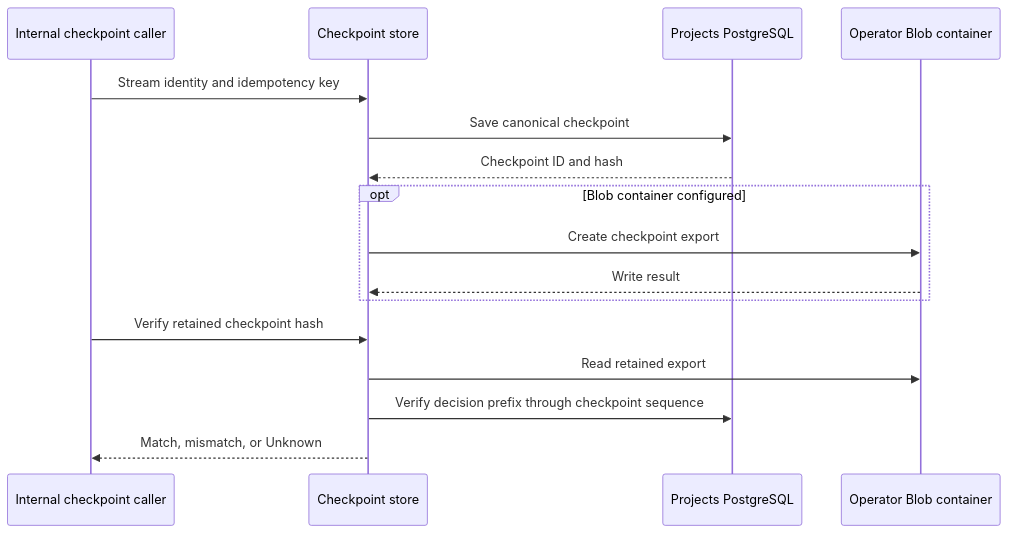
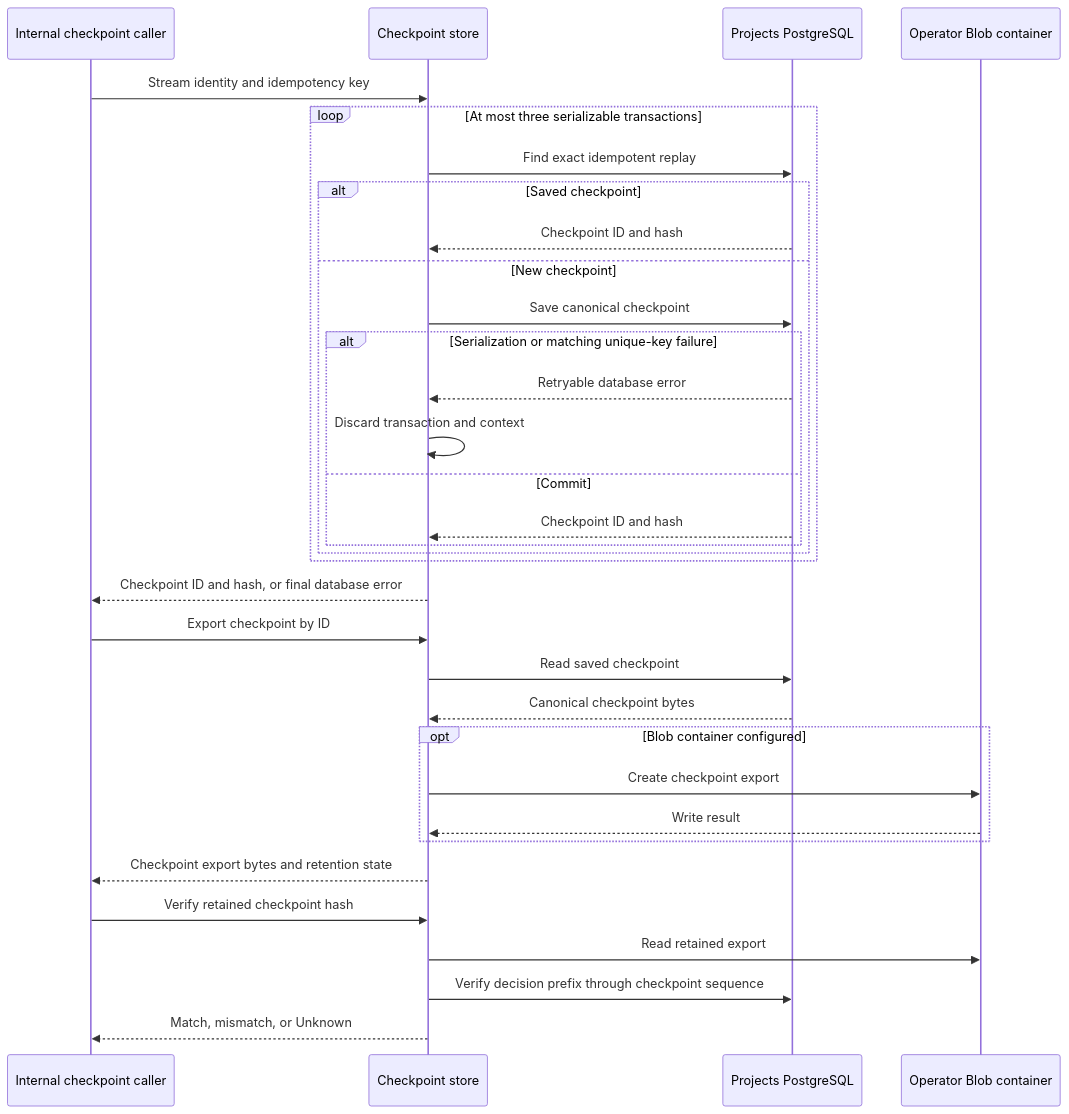
Diagram 12 of 14 in docs/architecture/projects-config.md (sabbour/agentweaver), drawn with Mermaid before and after one commit. The commit also changed other lines of this file and 4 other files, not shown here.

````diff
--- a/docs/architecture/projects-config.md
+++ b/docs/architecture/projects-config.md
@@ -1260,18 +1265,35 @@
 ```mermaid
 sequenceDiagram
     participant Caller as Internal checkpoint caller
     participant Store as Checkpoint store
     participant DB as Projects PostgreSQL
     participant Blob as Operator Blob container
     Caller->>Store: Stream identity and idempotency key
-    Store->>DB: Save canonical checkpoint
-    DB-->>Store: Checkpoint ID and hash
+    loop At most three serializable transactions
+        Store->>DB: Find exact idempotent replay
+        alt Saved checkpoint
+            DB-->>Store: Checkpoint ID and hash
+        else New checkpoint
+            Store->>DB: Save canonical checkpoint
+            alt Serialization or matching unique-key failure
+                DB-->>Store: Retryable database error
+                Store->>Store: Discard transaction and context
+            else Commit
+                DB-->>Store: Checkpoint ID and hash
+            end
+        end
+    end
+    Store-->>Caller: Checkpoint ID and hash, or final database error
+    Caller->>Store: Export checkpoint by ID
+    Store->>DB: Read saved checkpoint
+    DB-->>Store: Canonical checkpoint bytes
     opt Blob container configured
         Store->>Blob: Create checkpoint export
         Blob-->>Store: Write result
     end
+    Store-->>Caller: Checkpoint export bytes and retention state
     Caller->>Store: Verify retained checkpoint hash
     Store->>Blob: Read retained export
     Store->>DB: Verify decision prefix through checkpoint sequence
     Store-->>Caller: Match, mismatch, or Unknown
 ```
````
